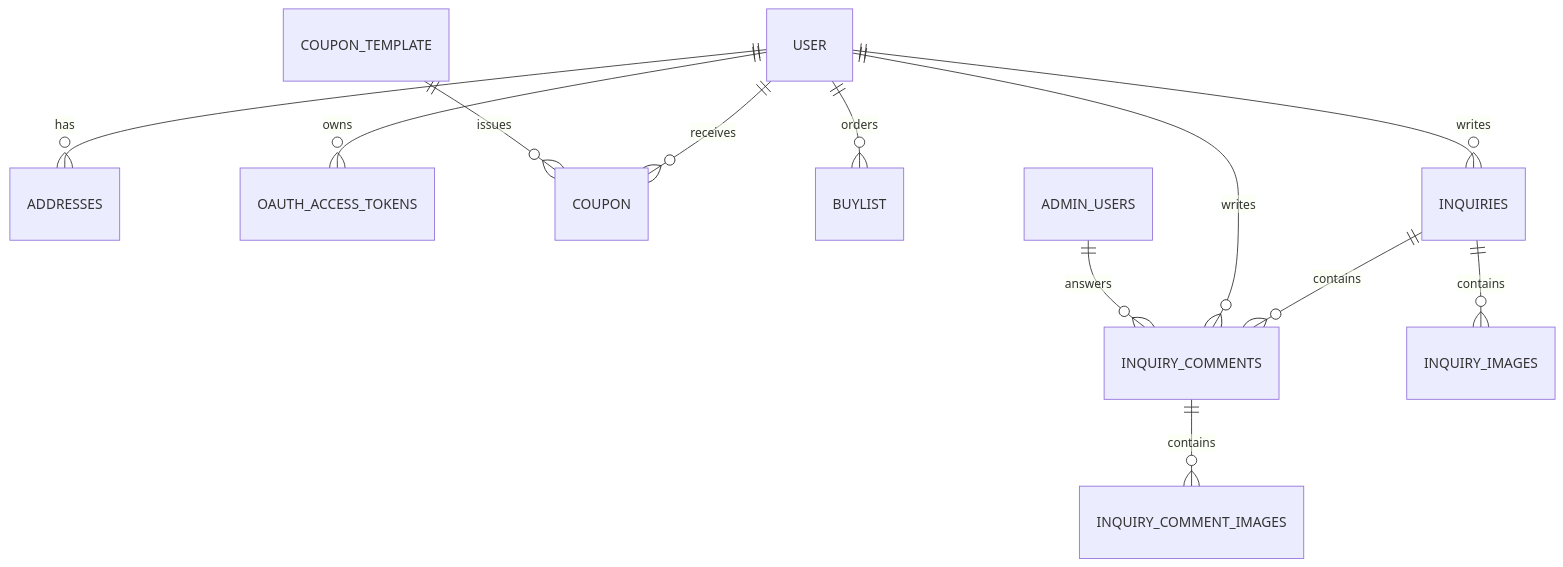
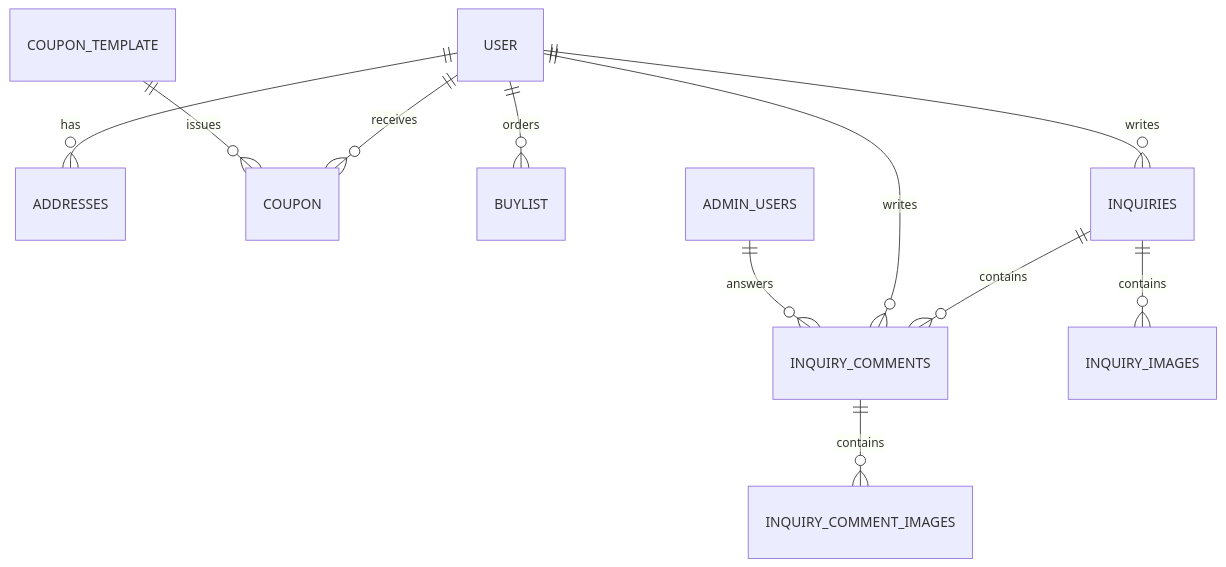
One commit to kor-ziko/zik00 changed the diagram in db_harness.md. Above: the diagram before and after it, drawn with Mermaid. The commit also changed other lines of this file and 15 other files, not shown here.

````diff
--- a/db_harness.md
+++ b/db_harness.md
@@ -14,14 +14,13 @@
 ```mermaid
 erDiagram
     USER ||--o{ ADDRESSES : has
-    USER ||--o{ OAUTH_ACCESS_TOKENS : owns
     USER ||--o{ COUPON : receives
     COUPON_TEMPLATE ||--o{ COUPON : issues
     USER ||--o{ BUYLIST : orders
     USER ||--o{ INQUIRIES : writes
     INQUIRIES ||--o{ INQUIRY_COMMENTS : contains
     INQUIRIES ||--o{ INQUIRY_IMAGES : contains
     INQUIRY_COMMENTS ||--o{ INQUIRY_COMMENT_IMAGES : contains
     USER ||--o{ INQUIRY_COMMENTS : writes
     ADMIN_USERS ||--o{ INQUIRY_COMMENTS : answers
 ```
````
